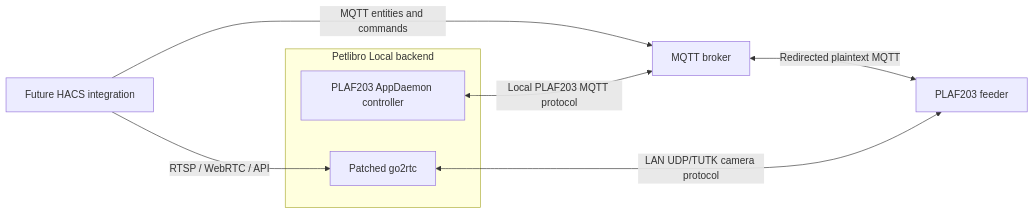
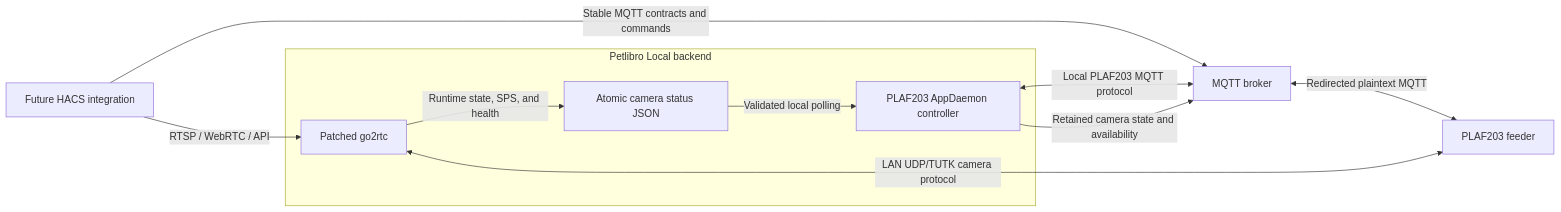
Before and after one commit to tannerln7/ha-addon-petlibro-local: the diagram in docs/architecture.md, drawn with Mermaid. The commit also changed other lines of this file and 25 other files, not shown here.

Commit message:
Publish Petlibro camera runtime metadata

````diff
--- a/docs/architecture.md
+++ b/docs/architecture.md
@@ -7,14 +7,18 @@
 ```mermaid
 flowchart LR
-    UI[Future HACS integration] -->|MQTT entities and commands| Broker[MQTT broker]
+    UI[Future HACS integration] -->|Stable MQTT contracts and commands| Broker[MQTT broker]
     UI -->|RTSP / WebRTC / API| Go2rtc[Patched go2rtc]
 
     subgraph Backend[Petlibro Local backend]
         Controller[PLAF203 AppDaemon controller]
         Go2rtc
+        Status[Atomic camera status JSON]
     end
 
+    Go2rtc -->|Runtime state, SPS, and health| Status
+    Status -->|Validated local polling| Controller
     Controller <-->|Local PLAF203 MQTT protocol| Broker
+    Controller -->|Retained camera state and availability| Broker
     Broker <-->|Redirected plaintext MQTT| Feeder[PLAF203 feeder]
     Go2rtc <-->|LAN UDP/TUTK camera protocol| Feeder
 ```
````
